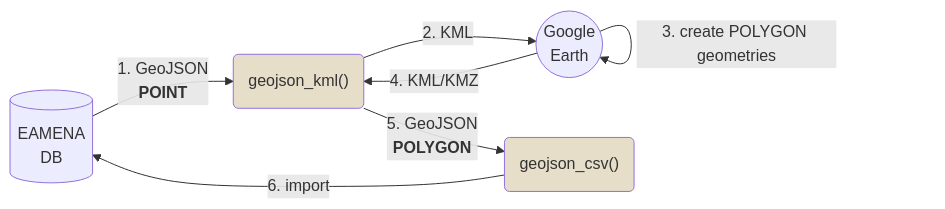
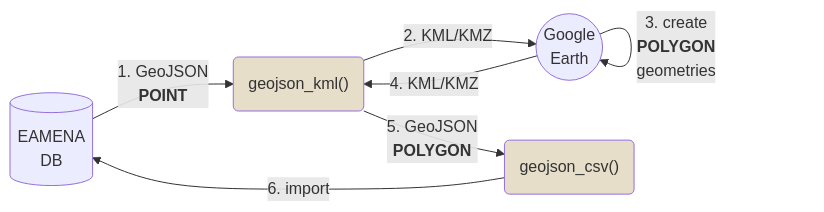
One commit to eamena-project/eamenaR changed the second of 3 diagrams in README.md. Above: the diagram before and after it, drawn with Mermaid.

Commit message:
mermaids

````diff
--- a/README.md
+++ b/README.md
@@ -109,10 +109,10 @@
 ```mermaid
 flowchart LR
     A[(EAMENA<br>DB)] --1. GeoJSON<br><b>POINT</b>--> C("geojson_kml()"):::eamenaRfunction;
-    C --2. KML--> B((Google<br>Earth));
-    B --3. create POLYGON geometries--> B;
+    C --2. KML/KMZ--> B((Google<br>Earth));
+    B --3. create<br><b>POLYGON</b><br>geometries--> B;
     B --4. KML/KMZ--> C;
     C --5. GeoJSON<br><b>POLYGON</b>--> D("geojson_csv()"):::eamenaRfunction;
     D --6. import--> A;
     classDef eamenaRfunction fill:#e7deca;
 ```
````
